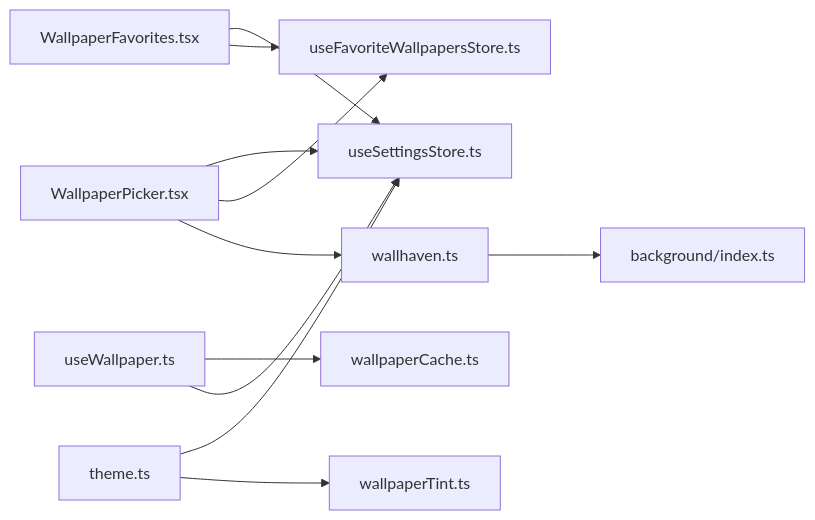
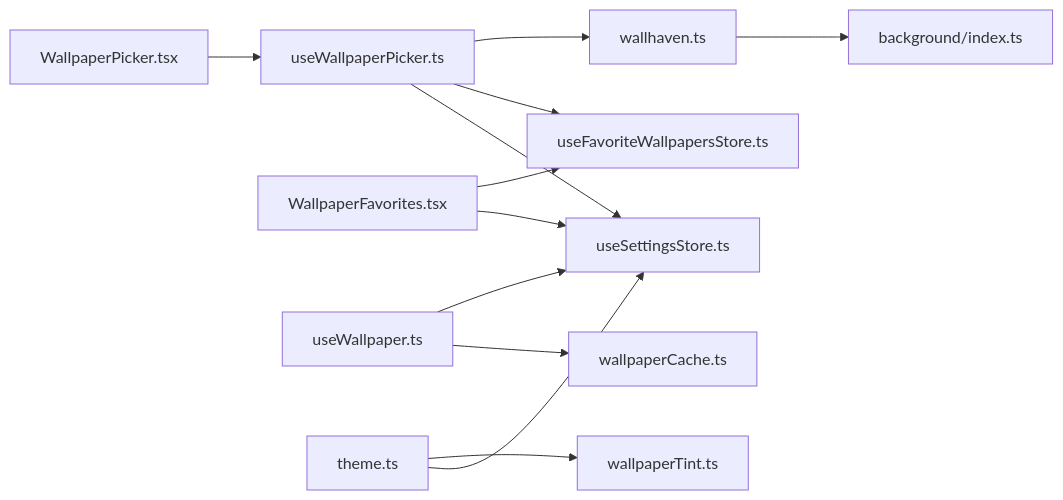
The sixth of 6 diagrams in .qoder/repowiki/zh/content/设置与配置系统/壁纸配置模块.md (Zy0913/xtab), drawn with Mermaid before and after one commit. The commit also changed other lines of this file and 15 other files, not shown here.

````diff
--- a/.qoder/repowiki/zh/content/设置与配置系统/壁纸配置模块.md
+++ b/.qoder/repowiki/zh/content/设置与配置系统/壁纸配置模块.md
@@ -378,13 +430,14 @@
 ```mermaid
 graph LR
-WP["WallpaperPicker.tsx"] --> S1["useSettingsStore.ts"]
-WP --> S2["useFavoriteWallpapersStore.ts"]
-WP --> WH["wallhaven.ts"]
+WP["WallpaperPicker.tsx"] --> UP["useWallpaperPicker.ts"]
+UP --> S1["useSettingsStore.ts"]
+UP --> S2["useFavoriteWallpapersStore.ts"]
+UP --> WH["wallhaven.ts"]
 WF["WallpaperFavorites.tsx"] --> S1
 WF --> S2
 UW["useWallpaper.ts"] --> WC["wallpaperCache.ts"]
 UW --> S1
 TH["theme.ts"] --> S1
 TH --> TT["wallpaperTint.ts"]
 WH --> BG["background/index.ts"]
 ```
````
